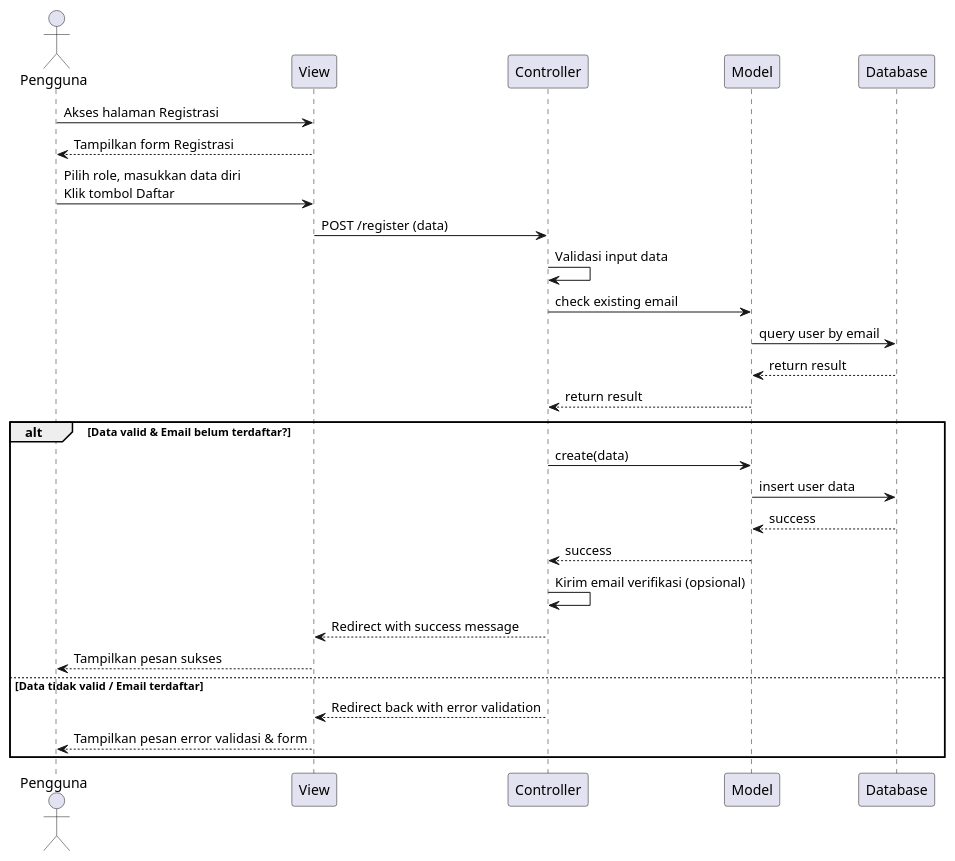
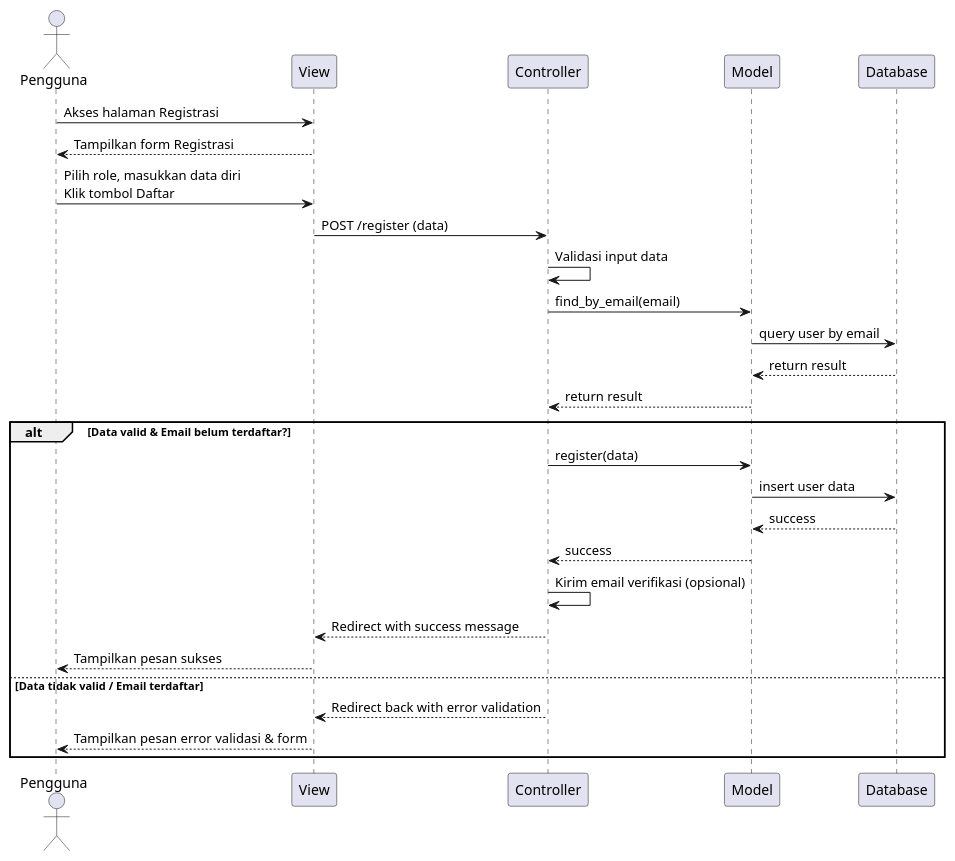
The diagram in docs/uml/sequence-register.puml (GitSyah111/toko-umkm-app), drawn with PlantUML before and after one commit. The commit also changed 35 other files, not shown here.

First line of the commit message:
feat: add database schema, seeders, and wishlist entity

```diff
--- a/docs/uml/sequence-register.puml
+++ b/docs/uml/sequence-register.puml
@@ -1,32 +1,32 @@
 @startuml
 actor Pengguna
 participant View
 participant Controller
 participant Model
 participant Database
 
 Pengguna -> View : Akses halaman Registrasi
 View --> Pengguna : Tampilkan form Registrasi
 
 Pengguna -> View : Pilih role, masukkan data diri\nKlik tombol Daftar
 View -> Controller : POST /register (data)
 
 Controller -> Controller : Validasi input data
-Controller -> Model : check existing email
+Controller -> Model : find_by_email(email)
 Model -> Database : query user by email
 Database --> Model : return result
 Model --> Controller : return result
 
 alt Data valid & Email belum terdaftar?
-    Controller -> Model : create(data)
+    Controller -> Model : register(data)
     Model -> Database : insert user data
     Database --> Model : success
     Model --> Controller : success
     Controller -> Controller : Kirim email verifikasi (opsional)
     Controller --> View : Redirect with success message
     View --> Pengguna : Tampilkan pesan sukses
 else Data tidak valid / Email terdaftar
     Controller --> View : Redirect back with error validation
     View --> Pengguna : Tampilkan pesan error validasi & form
 end
 @enduml
```
